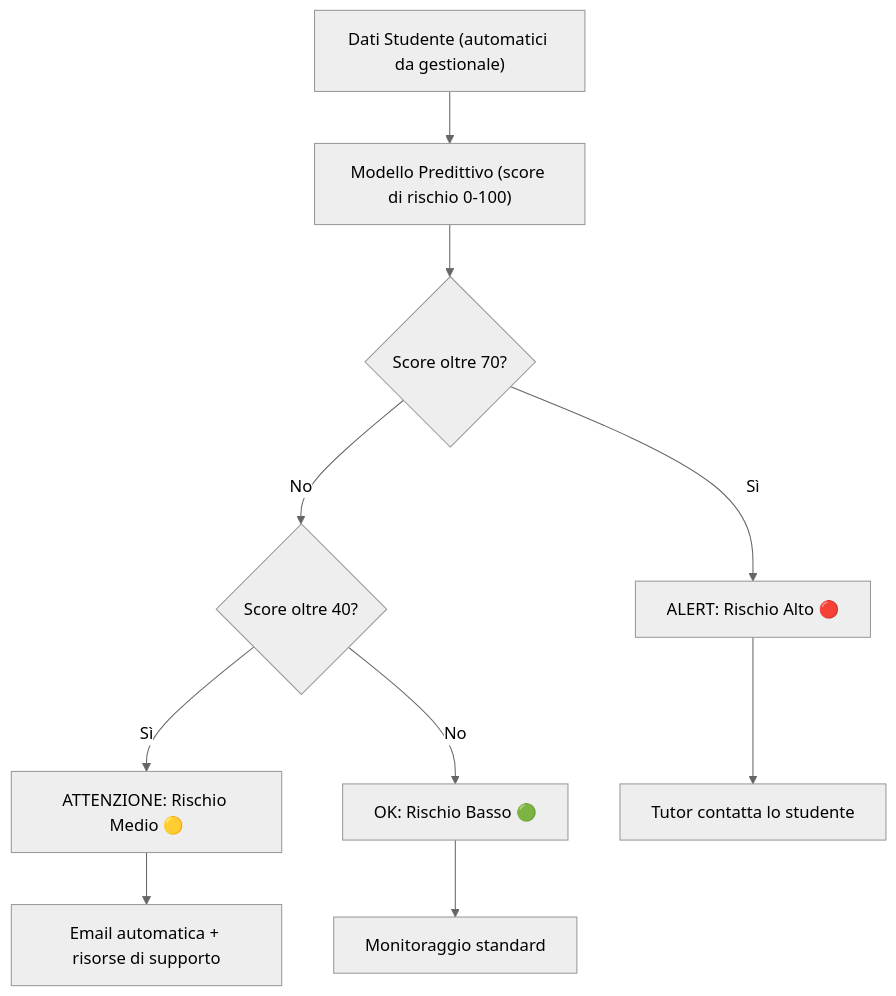
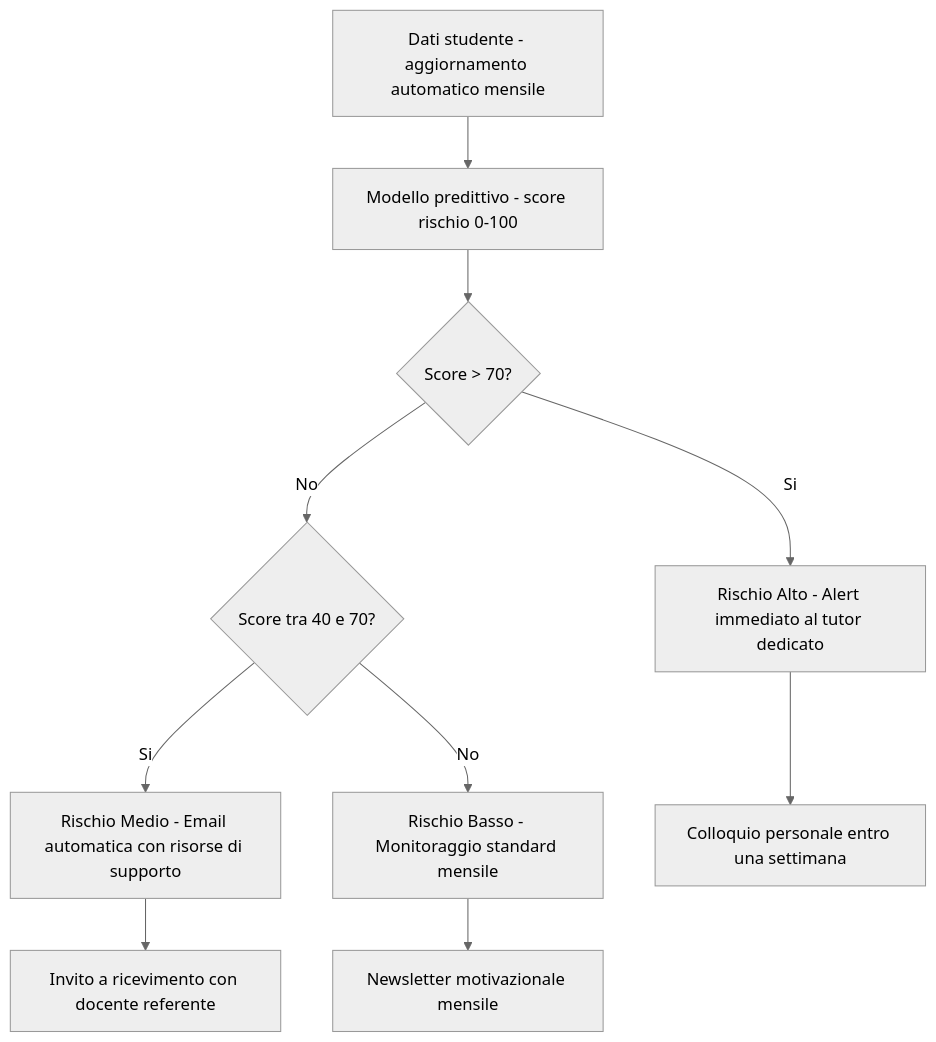
One commit to AndreyBertasini/gynnitech changed the diagram in src/content/blog/abbandono-universitario.mdx. Above: the diagram before and after it, drawn with Mermaid (neutral theme). The commit also changed other lines of this file and 27 other files, not shown here.

````diff
--- a/src/content/blog/abbandono-universitario.mdx
+++ b/src/content/blog/abbandono-universitario.mdx
@@ -95,13 +199,13 @@
 ```mermaid
 graph TD
-    A["Dati Studente (automatici da gestionale)"] --> B["Modello Predittivo (score di rischio 0-100)"]
-    B --> C{"Score oltre 70?"}
-    C -- Sì --> D["ALERT: Rischio Alto 🔴"]
-    C -- No --> E{"Score oltre 40?"}
-    E -- Sì --> F["ATTENZIONE: Rischio Medio 🟡"]
-    E -- No --> G["OK: Rischio Basso 🟢"]
-    
-    D --> H["Tutor contatta lo studente"]
-    F --> I["Email automatica + risorse di supporto"]
-    G --> J["Monitoraggio standard"]
+    A["Dati studente - aggiornamento automatico mensile"] --> B["Modello predittivo - score rischio 0-100"]
+    B --> C{"Score > 70?"}
+    C -- Si --> D["Rischio Alto - Alert immediato al tutor dedicato"]
+    C -- No --> E{"Score tra 40 e 70?"}
+    E -- Si --> F["Rischio Medio - Email automatica con risorse di supporto"]
+    E -- No --> G["Rischio Basso - Monitoraggio standard mensile"]
+
+    D --> H["Colloquio personale entro una settimana"]
+    F --> I["Invito a ricevimento con docente referente"]
+    G --> J["Newsletter motivazionale mensile"]
 ```
````
